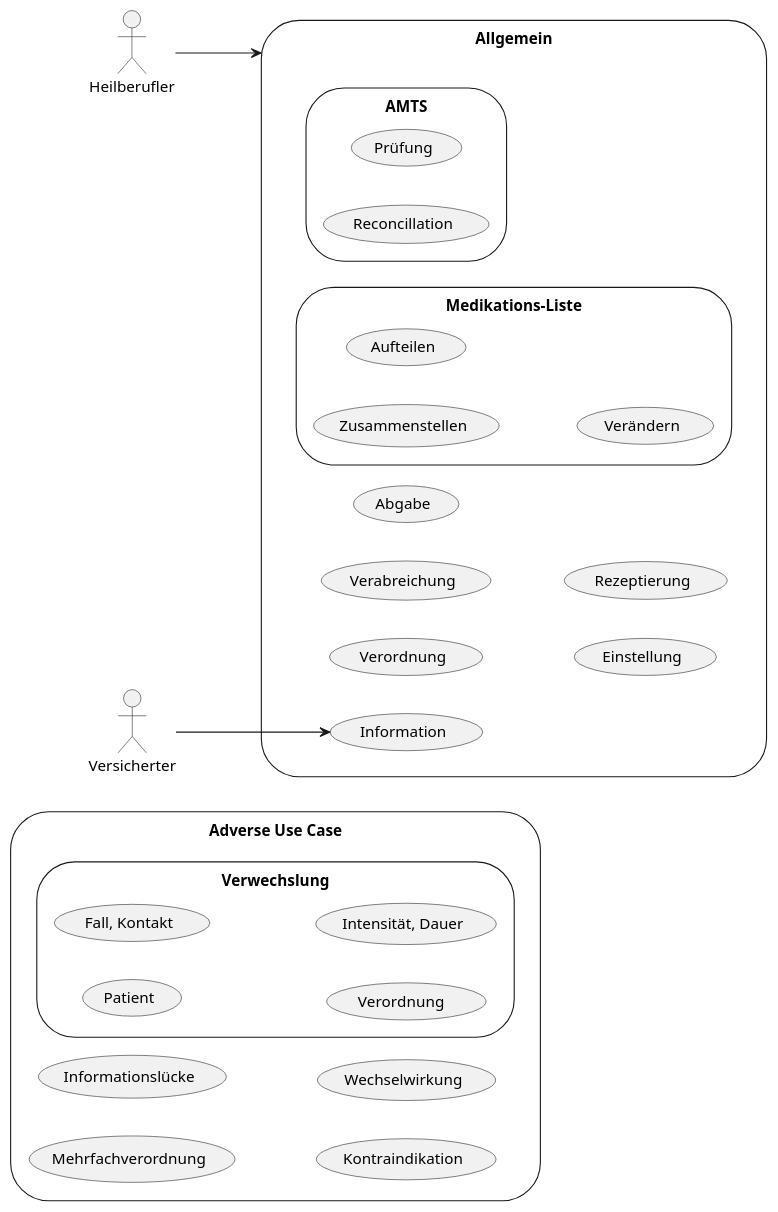
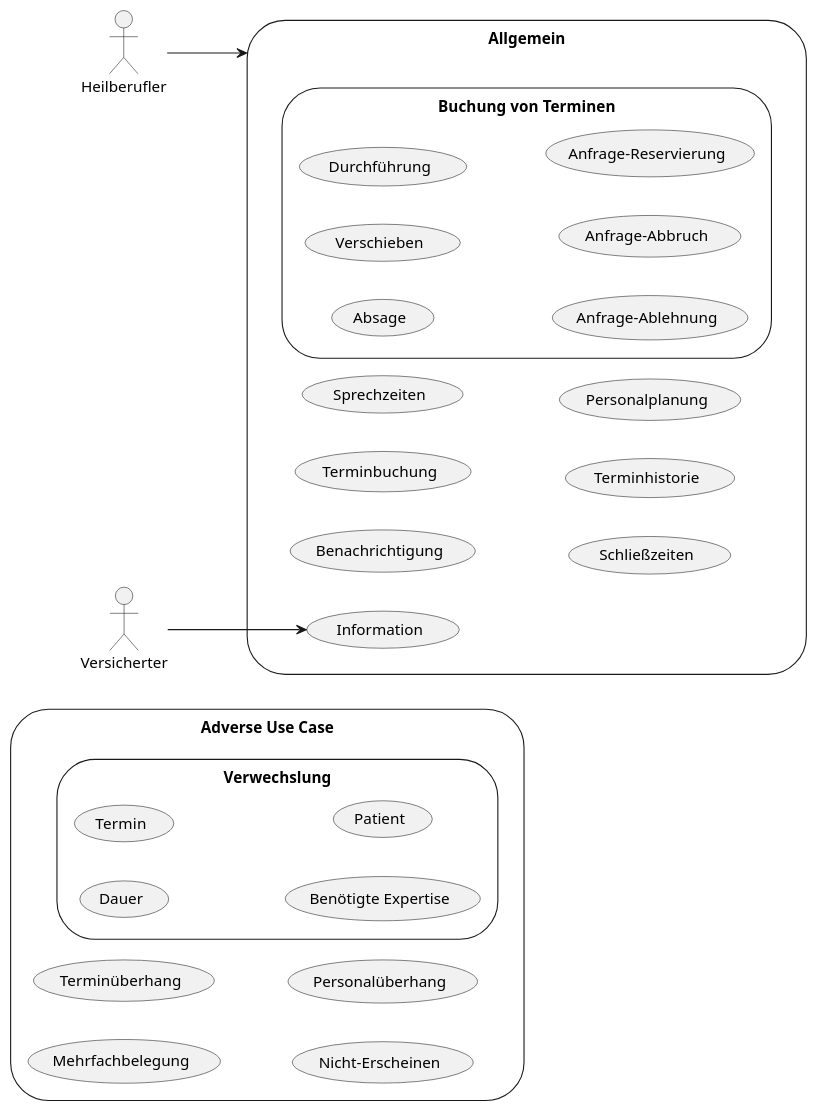
One commit to gematik/spec-ISiK-Terminplanung changed the diagram in Material/images/src/plantuml/usecases.puml. Above: the diagram before and after it, drawn with PlantUML.

Commit message:
use case diagram

```diff
--- a/Material/images/src/plantuml/usecases.puml
+++ b/Material/images/src/plantuml/usecases.puml
@@ -15,45 +15,45 @@
 @startuml usecases
 left to right direction
 'skinparam packageStyle cloud
 'skinparam linetype ortho
 
 'actor :FHIR Repository: as DB << Application >>
 actor :Heilberufler:
 actor :Versicherter:
 storage adverseUC as "Adverse Use Case" {
     storage (Verwechslung){
+        (Dauer)
+        (Termin)
+        (Benötigte Expertise)
         (Patient)
-        (Fall, Kontakt)
-        (Verordnung )
-        (Intensität, Dauer)
     }
-    (Mehrfachverordnung)
-    (Informationslücke)
-    (Kontraindikation)
-    (Wechselwirkung)
+    (Mehrfachbelegung)
+    (Terminüberhang)
+    (Nicht-Erscheinen)
+    (Personalüberhang)
 }
 
 storage gnrlUC as "Allgemein" {
     (Information)
-    (Verordnung)
-    (Verabreichung)
-    (Abgabe)
-    (Einstellung)
-    (Rezeptierung)
-    storage (AMTS){
-        (Prüfung)
-        (Reconcillation)
-    }
-    storage (Medikations-Liste){
-        (Zusammenstellen)
-        (Aufteilen)
-        (Verändern)
+    (Benachrichtigung)
+    (Terminbuchung)
+    (Sprechzeiten)
+    (Schließzeiten)
+    (Terminhistorie)
+    (Personalplanung)
+    storage booKUC as "Buchung von Terminen"{
+        (Absage) 
+        (Verschieben)
+        (Durchführung)
+        (Anfrage-Ablehnung)
+        (Anfrage-Abbruch)
+        (Anfrage-Reservierung)
     }
 }
 
 Heilberufler --> gnrlUC
 Versicherter --> Information
 
 'fncts --> adverseUC : mitigates
 'fncts --> gnrlUC : enables
 @enduml
```
